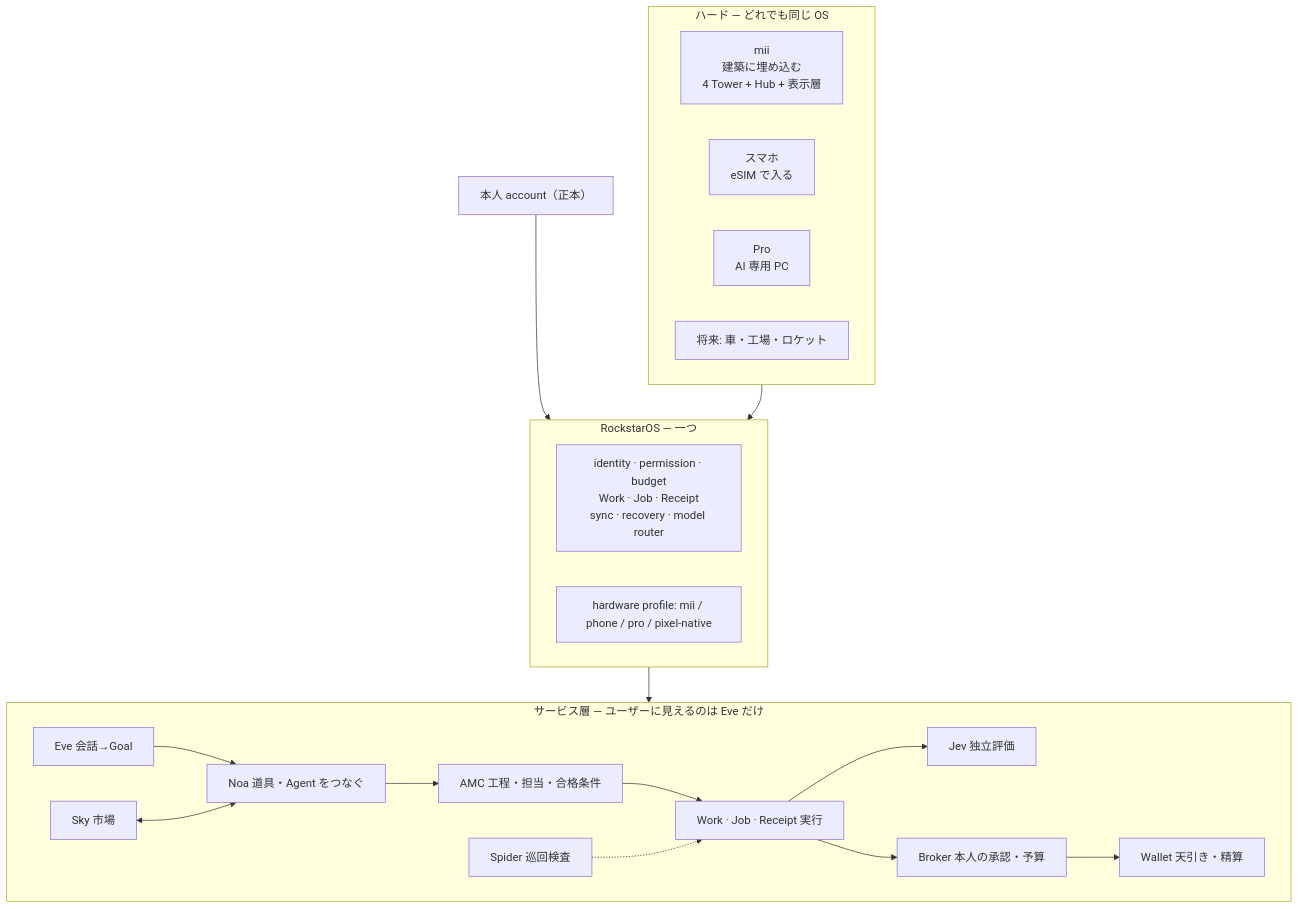
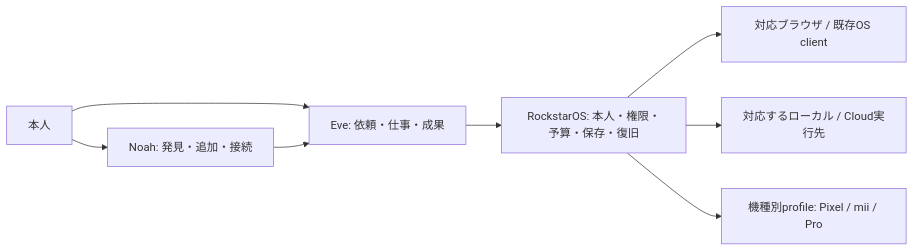
One commit to k999ln/rock changed the diagram in README.md. Above: the diagram before and after it, drawn with Mermaid. The commit also changed other lines of this file and 90 other files, not shown here.

````diff
--- a/README.md
+++ b/README.md
@@ -25,22 +21,10 @@
 ```mermaid
-flowchart TB
-  P[本人 account（正本）]
-  subgraph HW[ハード — どれでも同じ OS]
-    M[mii<br/>建築に埋め込む<br/>4 Tower + Hub + 表示層]
-    S[スマホ<br/>eSIM で入る]
-    PRO[Pro<br/>AI 専用 PC]
-    X[将来: 車・工場・ロケット]
-  end
-  subgraph OS[RockstarOS — 一つ]
-    K[identity · permission · budget<br/>Work · Job · Receipt<br/>sync · recovery · model router]
-    HP[hardware profile: mii / phone / pro / pixel-native]
-  end
-  subgraph SV[サービス層 — ユーザーに見えるのは Eve だけ]
-    E[Eve 会話→Goal] --> N[Noa 道具・Agent をつなぐ] --> A[AMC 工程・担当・合格条件] --> WK[Work · Job · Receipt 実行] --> J[Jev 独立評価]
-    SK[Sky 市場] <--> N
-    WK --> B[Broker 本人の承認・予算] --> W[Wallet 天引き・精算]
-    SP[Spider 巡回検査] -.-> WK
-  end
-  P --> OS
-  HW --> OS --> SV
+flowchart LR
+  U[本人] --> N[Noah: 発見・追加・接続]
+  U --> E[Eve: 依頼・仕事・成果]
+  N --> E
+  E --> R[RockstarOS: 本人・権限・予算・保存・復旧]
+  R --> B[対応ブラウザ / 既存OS client]
+  R --> L[対応するローカル / Cloud実行先]
+  R --> H[機種別profile: Pixel / mii / Pro]
 ```
````
